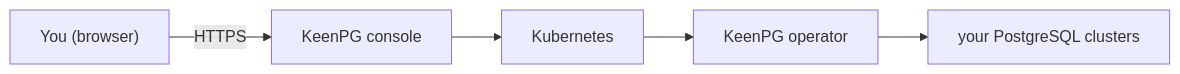
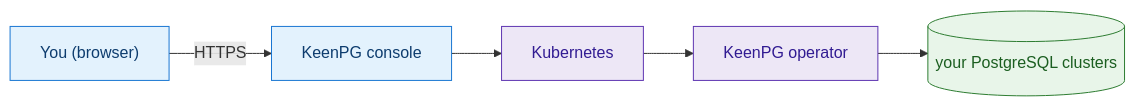
Before and after one commit to AdityaPanchall/keenPGO: the diagram in console.md, drawn with Mermaid.

````diff
--- a/console.md
+++ b/console.md
@@ -41,7 +41,14 @@
 ```mermaid
-graph LR
-  A["You (browser)"] -->|HTTPS| B["KeenPG console"]
-  B --> C["Kubernetes"]
-  C --> D["KeenPG operator"]
-  D --> E["your PostgreSQL clusters"]
+flowchart LR
+    A["You (browser)"] -- HTTPS --> B["KeenPG console"]
+    B --> C["Kubernetes"]
+    C --> D["KeenPG operator"]
+    D --> E[("your PostgreSQL clusters")]
+
+    classDef you fill:#e3f2fd,stroke:#1976d2,color:#0d3c6e
+    classDef kube fill:#ede7f6,stroke:#5e35b1,color:#311b92
+    classDef db fill:#e8f5e9,stroke:#2e7d32,color:#1b5e20
+    class A,B you
+    class C,D kube
+    class E db
 ```
````
